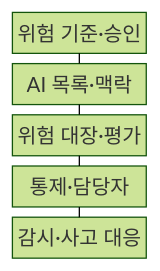
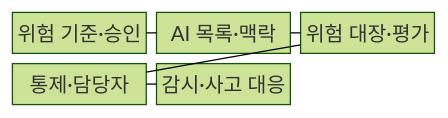
One commit to agnusdei1207/knowledge-base changed the first of 2 diagrams in src/content/docs/notes/08-latest-tech/102_ai_risk_management.md. Above: the diagram before and after it, drawn with Mermaid (forest theme). The commit also changed other lines of this file and 228 other files, not shown here.

````diff
--- a/src/content/docs/notes/08-latest-tech/102_ai_risk_management.md
+++ b/src/content/docs/notes/08-latest-tech/102_ai_risk_management.md
@@ -48,13 +48,13 @@
 ```mermaid
 block-beta
-  columns 1
+  columns 3
   A["위험 기준·승인"]
   B["AI 목록·맥락"]
   C["위험 대장·평가"]
   D["통제·담당자"]
   E["감시·사고 대응"]
   A --- B
   B --- C
   C --- D
   D --- E
 ```
````
